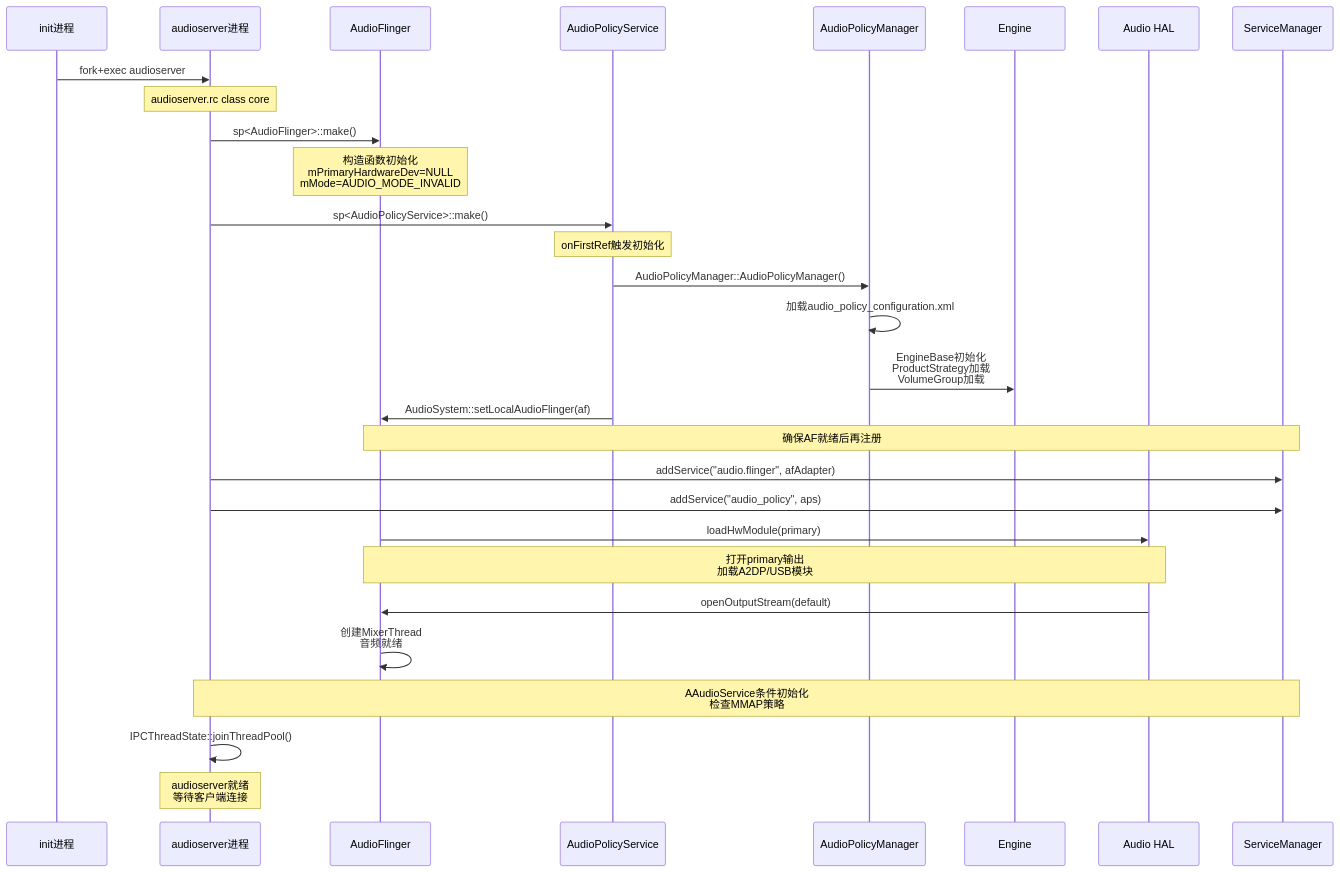
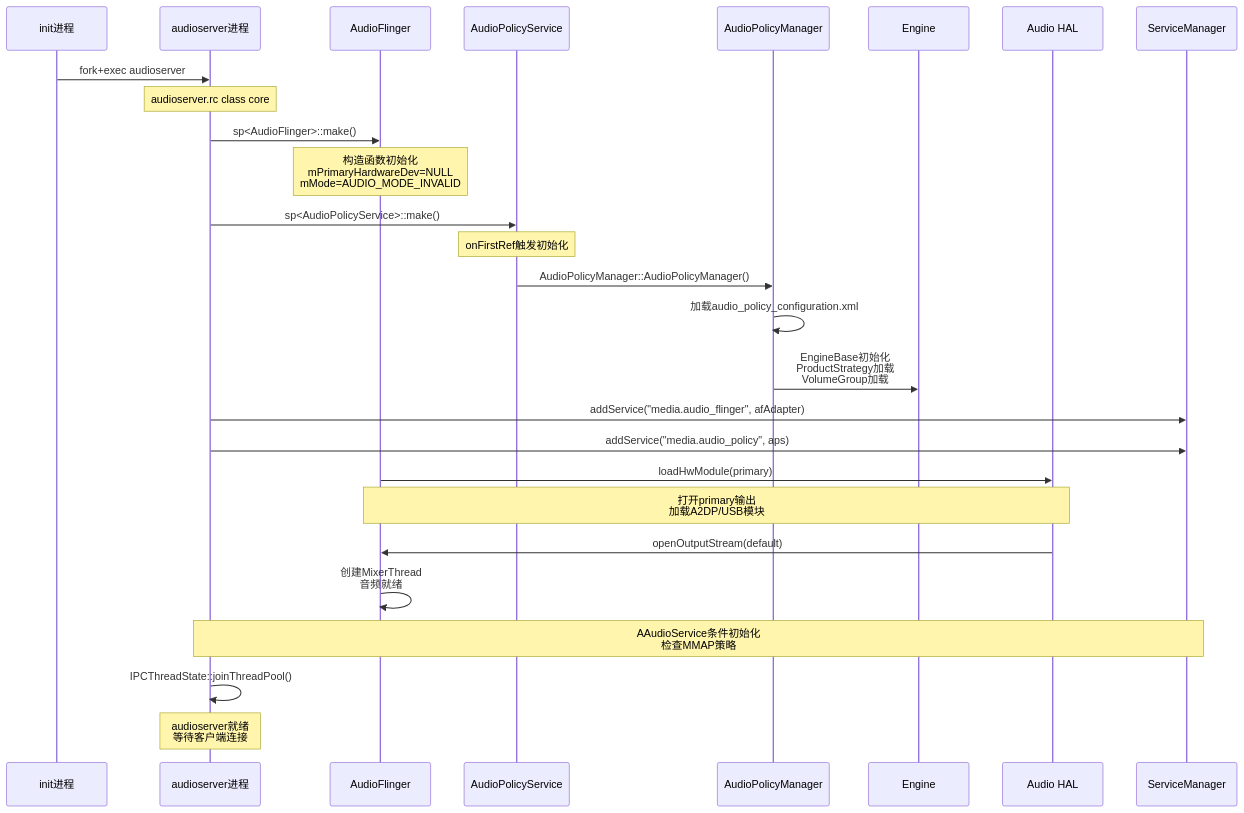
The first of 2 diagrams in 01_Architecture_Overview/01_1.9_系统启动时序_从init到音频就绪.md (yanglinzhen1022/SA8295_AAOS_QNX_Audio_KnowledgeBase), drawn with Mermaid before and after one commit. The commit also changed other lines of this file and 10 other files, not shown here.

````diff
--- a/01_Architecture_Overview/01_1.9_系统启动时序_从init到音频就绪.md
+++ b/01_Architecture_Overview/01_1.9_系统启动时序_从init到音频就绪.md
@@ -12,41 +12,38 @@
 ```mermaid
 sequenceDiagram
     participant Init as init进程
     participant AS as audioserver进程
     participant AF as AudioFlinger
     participant APS as AudioPolicyService
     participant APM as AudioPolicyManager
     participant Eng as Engine
     participant HAL as Audio HAL
     participant SM as ServiceManager
 
     Init->>AS: fork+exec audioserver
     Note over AS: audioserver.rc class core
 
     AS->>AF: sp<AudioFlinger>::make()
     Note over AF: 构造函数初始化<br/>mPrimaryHardwareDev=NULL<br/>mMode=AUDIO_MODE_INVALID
 
     AS->>APS: sp<AudioPolicyService>::make()
     Note over APS: onFirstRef触发初始化
 
     APS->>APM: AudioPolicyManager::AudioPolicyManager()
     APM->>APM: 加载audio_policy_configuration.xml
     APM->>Eng: EngineBase初始化<br/>ProductStrategy加载<br/>VolumeGroup加载
 
-    APS->>AF: AudioSystem::setLocalAudioFlinger(af)
-    Note over AF,SM: 确保AF就绪后再注册
-
-    AS->>SM: addService("audio.flinger", afAdapter)
-    AS->>SM: addService("audio_policy", aps)
+    AS->>SM: addService("media.audio_flinger", afAdapter)
+    AS->>SM: addService("media.audio_policy", aps)
 
     AF->>HAL: loadHwModule(primary)
     Note over AF,HAL: 打开primary输出<br/>加载A2DP/USB模块
 
     HAL->>AF: openOutputStream(default)
     AF->>AF: 创建MixerThread<br/>音频就绪
 
     Note over AS,SM: AAudioService条件初始化<br/>检查MMAP策略
 
     AS->>AS: IPCThreadState::joinThreadPool()
     Note over AS: audioserver就绪<br/>等待客户端连接
 ```
````
